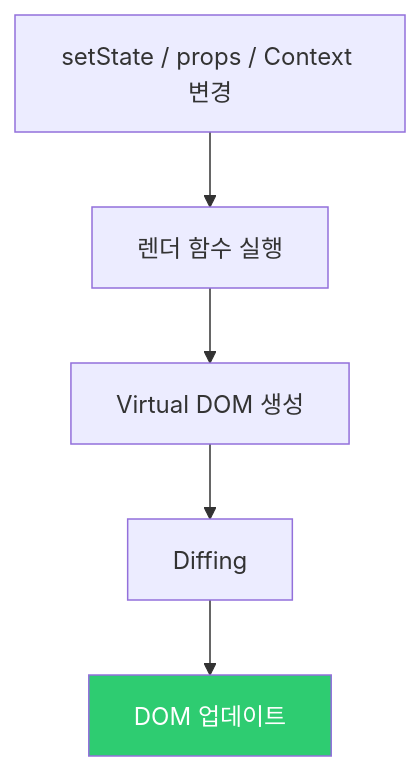
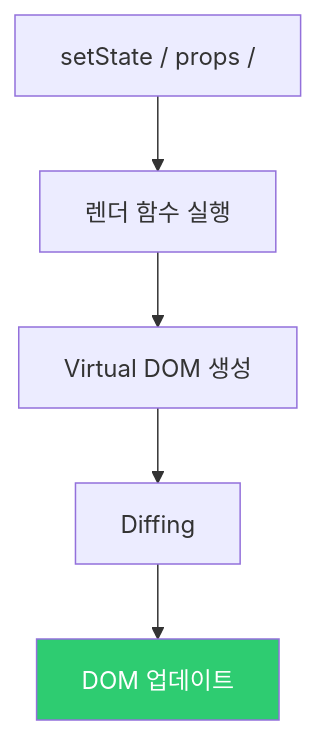
One commit to yjkim2015/yjkim2015.github.io changed the fifth of 6 diagrams in _posts/frontend/2026-05-02-react-fundamentals.md. Above: the diagram before and after it, drawn with Mermaid. The commit also changed other lines of this file and 271 other files, not shown here.

First line of the commit message:
Mermaid 라벨 축소: 긴 노드 텍스트 18자 이하로 트림 + \n 제거

````diff
--- a/_posts/frontend/2026-05-02-react-fundamentals.md
+++ b/_posts/frontend/2026-05-02-react-fundamentals.md
@@ -255,6 +255,6 @@
 ```mermaid
 flowchart TD
-    A["setState / props / Context 변경"] --> B["렌더 함수 실행"]
+    A["setState / props /"] --> B["렌더 함수 실행"]
     B --> C["Virtual DOM 생성"] --> D["Diffing"] --> E["DOM 업데이트"]
     style E fill:#2ecc71,color:#fff
 ```
````
